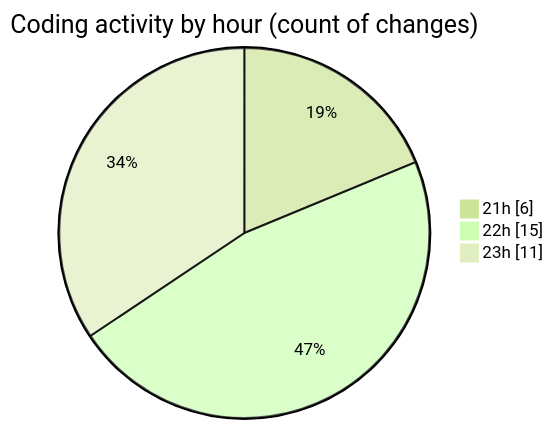
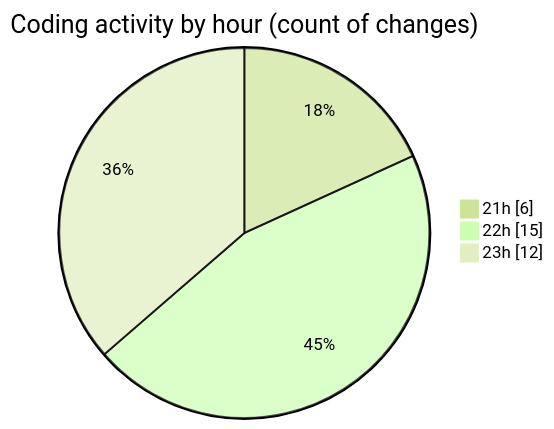
The second of 2 diagrams in 2025-07-24/cohera/README.md (JenPaints/code-tracking), drawn with Mermaid (forest theme) before and after one commit. The commit also changed other lines of this file and 1 other file, not shown here.

````diff
--- a/2025-07-24/cohera/README.md
+++ b/2025-07-24/cohera/README.md
@@ -42,7 +42,7 @@
 ```mermaid
 pie showData
 title Coding activity by hour (count of changes)
 "21h" : 6
 "22h" : 15
-"23h" : 11
+"23h" : 12
 ```
````
